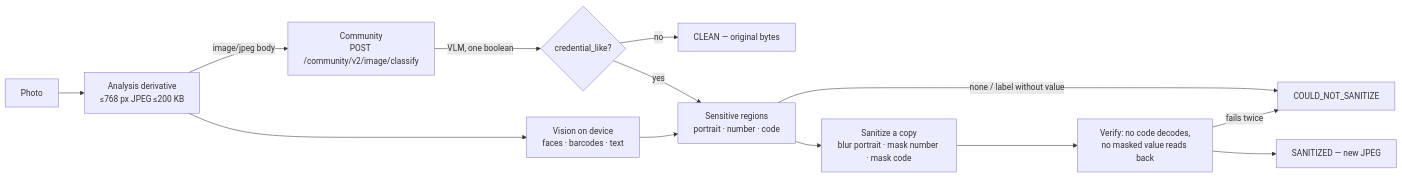
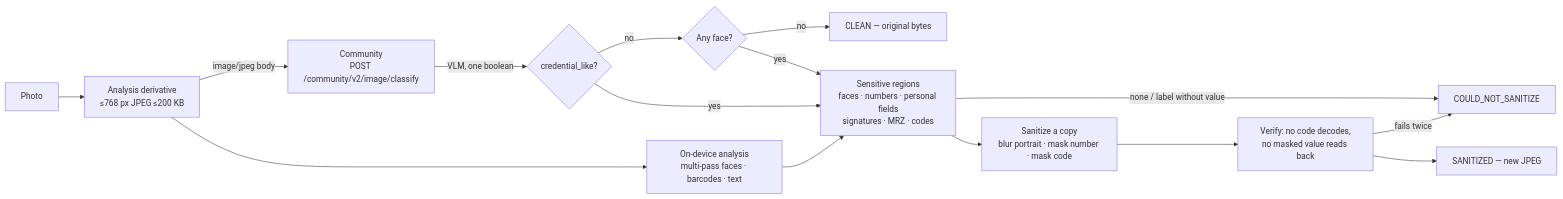
Before and after one commit to gy-yywq-s/HOney-refreshed: the diagram in docs/architecture/credential-image-sanitation.md, drawn with Mermaid. The commit also changed other lines of this file and 2 other files, not shown here.

````diff
--- a/docs/architecture/credential-image-sanitation.md
+++ b/docs/architecture/credential-image-sanitation.md
@@ -10,15 +10,17 @@
 ```mermaid
 flowchart LR
   P[Photo] --> D[Analysis derivative<br/>≤768 px JPEG ≤200 KB]
   D -->|image/jpeg body| C[Community<br/>POST /community/v2/image/classify]
   C -->|VLM, one boolean| V{credential_like?}
-  D --> L[Vision on device<br/>faces · barcodes · text]
-  V -->|no| CLEAN[CLEAN — original bytes]
-  V -->|yes| R[Sensitive regions<br/>portrait · number · code]
+  D --> L[On-device analysis<br/>multi-pass faces · barcodes · text]
+  V -->|no| F{Any face?}
+  F -->|no| CLEAN[CLEAN — original bytes]
+  F -->|yes| R[Sensitive regions]
+  V -->|yes| R[Sensitive regions<br/>faces · numbers · personal fields<br/>signatures · MRZ · codes]
   L --> R
   R -->|none / label without value| X[COULD_NOT_SANITIZE]
   R --> S[Sanitize a copy<br/>blur portrait · mask number · mask code]
   S --> VF[Verify: no code decodes,<br/>no masked value reads back]
   VF -->|fails twice| X
   VF --> OK[SANITIZED — new JPEG]
 ```
````
